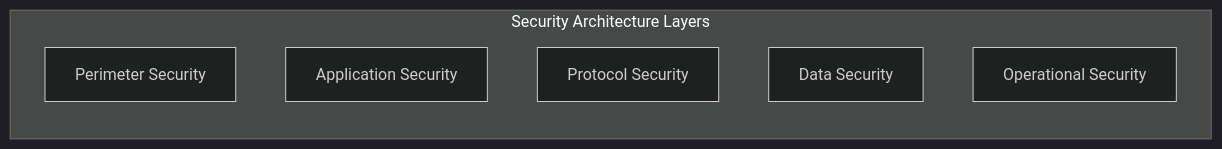
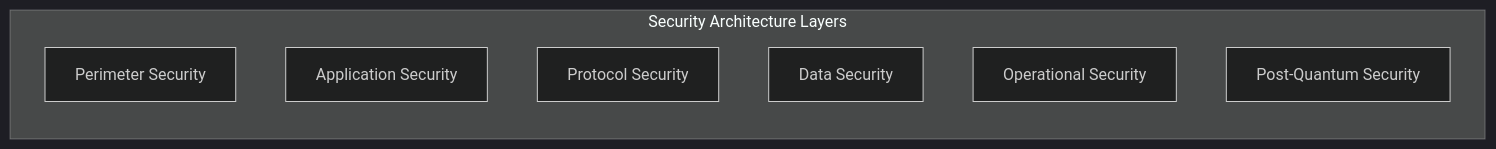
The seventh of 10 diagrams in docs/Technical Deep-Dive/architecture.md (zkvote/zkVote), drawn with Mermaid (dark theme) before and after one commit. The commit also changed other lines of this file and 32 other files, not shown here.

````diff
--- a/docs/Technical Deep-Dive/architecture.md
+++ b/docs/Technical Deep-Dive/architecture.md
@@ -439,16 +492,12 @@
 ```mermaid
 flowchart TB
   subgraph SecurityArchitecture["Security Architecture Layers"]
     direction TB
     Perimeter["Perimeter Security"]
     Application["Application Security"]
     Protocol["Protocol Security"]
     Data["Data Security"]
     Operational["Operational Security"]
+    PostQuantum["Post-Quantum Security"]
   end
-  click Perimeter call linkCallback("/Users/srivan/Documents/Projects/ZKP/zkVote/docs/Technical Deep-Dive/architecture.md#L441")
-  click Application call linkCallback("/Users/srivan/Documents/Projects/ZKP/zkVote/docs/Technical Deep-Dive/architecture.md#L442")
-  click Protocol call linkCallback("/Users/srivan/Documents/Projects/ZKP/zkVote/docs/Technical Deep-Dive/architecture.md#L443")
-  click Data call linkCallback("/Users/srivan/Documents/Projects/ZKP/zkVote/docs/Technical Deep-Dive/architecture.md#L444")
-  click Operational call linkCallback("/Users/srivan/Documents/Projects/ZKP/zkVote/docs/Technical Deep-Dive/architecture.md#L445")
 ```
````
